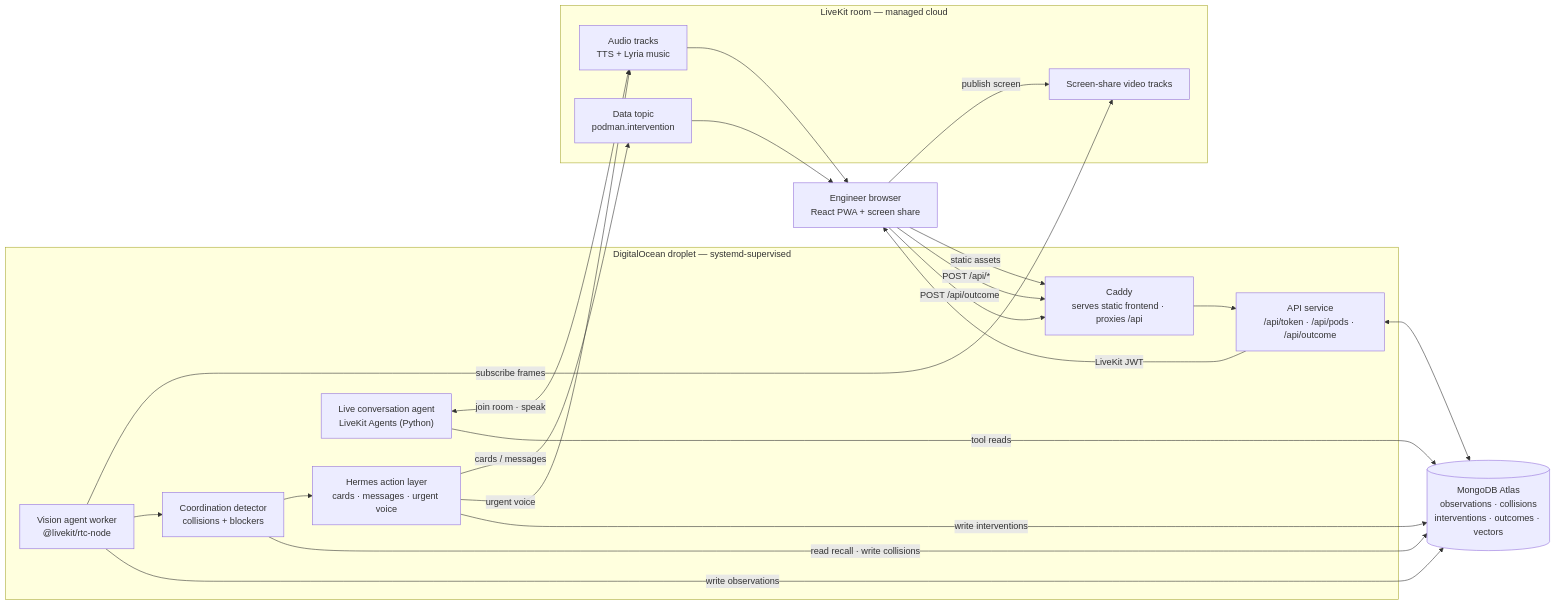
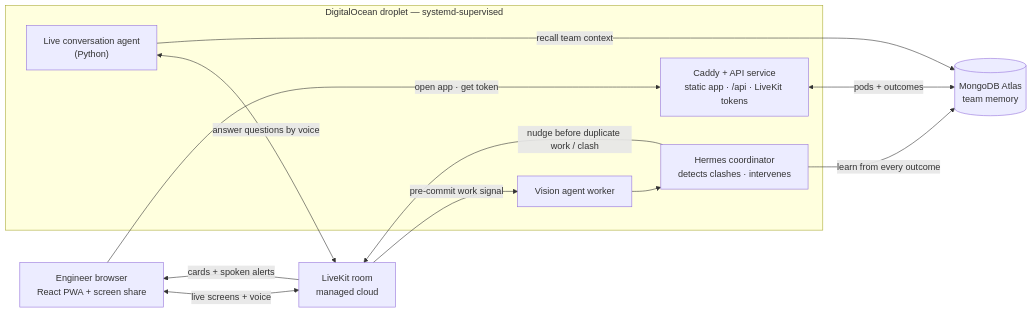
One commit to karti-ai/podman changed the first of 3 diagrams in README.md. Above: the diagram before and after it, drawn with Mermaid.

Commit message:
docs: simplify infra diagram to value-focused paths
Combine Caddy+API and Hermes+detector into single nodes, collapse the
LiveKit room internals, and relabel every edge with the value it carries
(pre-commit signal, nudge before clash, learn from outcomes) instead of
listing every transport hop.

Claude-Session: https://claude.ai/code/session_01LuV8W8oNYRsDWKoqK8Mkqc

````diff
--- a/README.md
+++ b/README.md
@@ -105,41 +105,24 @@
 ```mermaid
 flowchart LR
   Dev["Engineer browser<br/>React PWA + screen share"]
 
   subgraph DO["DigitalOcean droplet — systemd-supervised"]
-    Caddy["Caddy<br/>serves static frontend · proxies /api"]
-    API["API service<br/>/api/token · /api/pods · /api/outcome"]
-    Agent["Vision agent worker<br/>@livekit/rtc-node"]
-    Detector["Coordination detector<br/>collisions + blockers"]
-    Hermes["Hermes action layer<br/>cards · messages · urgent voice"]
-    PyAgent["Live conversation agent<br/>LiveKit Agents (Python)"]
+    WebApi["Caddy + API service<br/>static app · /api · LiveKit tokens"]
+    Agent["Vision agent worker"]
+    Coord["Hermes coordinator<br/>detects clashes · intervenes"]
+    PyAgent["Live conversation agent<br/>(Python)"]
   end
 
-  subgraph LK["LiveKit room — managed cloud"]
-    Tracks["Screen-share video tracks"]
-    DataCh["Data topic<br/>podman.intervention"]
-    AudioCh["Audio tracks<br/>TTS + Lyria music"]
-  end
+  LK["LiveKit room<br/>managed cloud"]
+  Mongo[("MongoDB Atlas<br/>team memory")]
 
-  Mongo[("MongoDB Atlas<br/>observations · collisions<br/>interventions · outcomes · vectors")]
-
-  Dev -->|static assets| Caddy
-  Dev -->|"POST /api/*"| Caddy --> API
-  API -->|LiveKit JWT| Dev
-  Dev -->|publish screen| Tracks
-
-  Agent -->|subscribe frames| Tracks
-  Agent --> Detector --> Hermes
-  Hermes -->|cards / messages| DataCh
-  Hermes -->|urgent voice| AudioCh
-  PyAgent <-->|join room · speak| AudioCh
-  DataCh --> Dev
-  AudioCh --> Dev
-  Dev -->|"POST /api/outcome"| Caddy
-
-  API <--> Mongo
-  Agent -->|write observations| Mongo
-  Detector -->|read recall · write collisions| Mongo
-  Hermes -->|write interventions| Mongo
-  PyAgent -->|tool reads| Mongo
+  Dev -->|"open app · get token"| WebApi
+  Dev <-->|"live screens + voice"| LK
+  LK -->|"pre-commit work signal"| Agent --> Coord
+  Coord -->|"nudge before duplicate work / clash"| LK
+  LK -->|"cards + spoken alerts"| Dev
+  PyAgent <-->|"answer questions by voice"| LK
+  Coord -->|"learn from every outcome"| Mongo
+  PyAgent -->|"recall team context"| Mongo
+  WebApi <-->|"pods + outcomes"| Mongo
 ```
````
